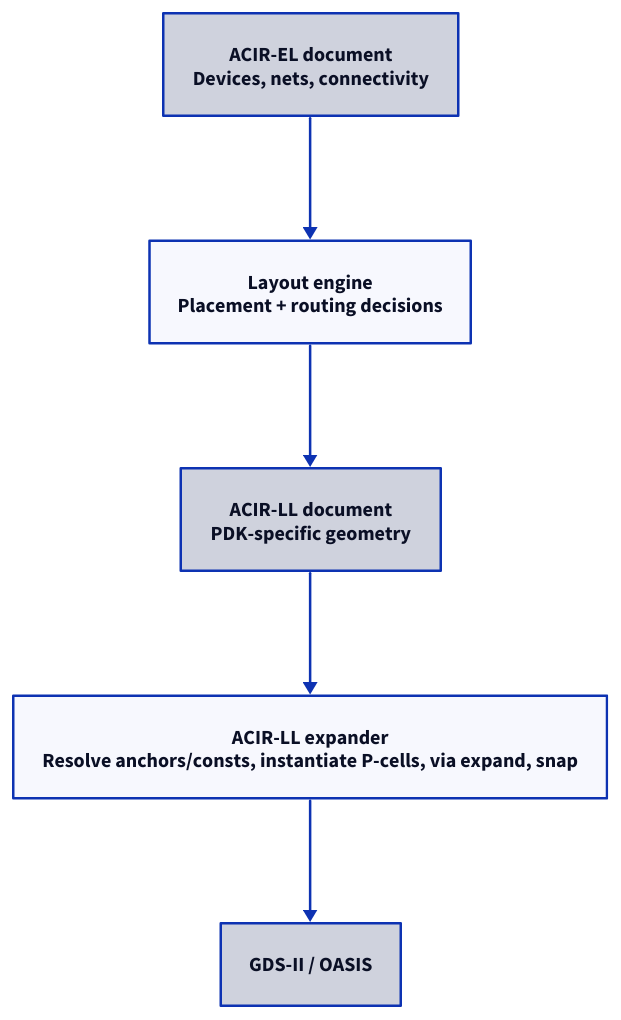
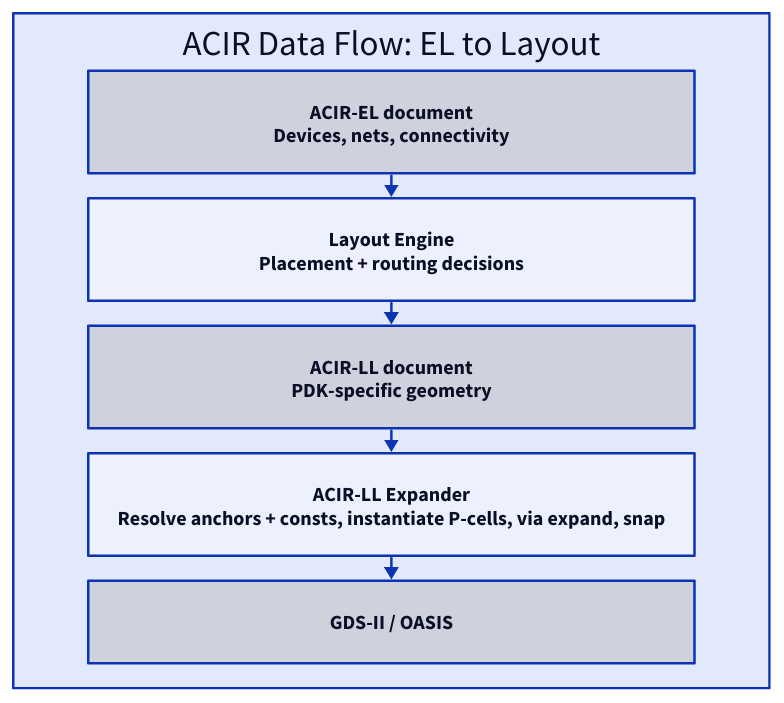
Before and after one commit to daniellovell/cascode: the diagram in docs/rfcs/resources/0001/data-flow.d2, drawn with D2. The commit also changed 3 other files, not shown here. The source asks for the TALA layout; these drawings use dagre instead.

```diff
--- a/docs/rfcs/resources/0001/data-flow.d2
+++ b/docs/rfcs/resources/0001/data-flow.d2
@@ -1,18 +1,14 @@
-vars: {
-  d2-config: {
-    layout-engine: tala
-  }
+direction: down
+
+pipeline: "ACIR Data Flow: EL to Layout" {
+  grid-columns: 1
+  vertical-gap: 20
+
+  acir_el: "ACIR-EL document\nDevices, nets, connectivity" {style.fill: "#cfd2dd"}
+  layout: "Layout Engine\nPlacement + routing decisions"
+  acir_ll: "ACIR-LL document\nPDK-specific geometry" {style.fill: "#cfd2dd"}
+  expander: "ACIR-LL Expander\nResolve anchors + consts, instantiate P-cells, via expand, snap"
+  gds: "GDS-II / OASIS" {style.fill: "#cfd2dd"}
 }
 
-direction: down
-
-acir_el: "ACIR-EL document\nDevices, nets, connectivity" {style.fill: "#cfd2dd"}
-layout: "Layout engine\nPlacement + routing decisions"
-acir_ll: "ACIR-LL document\nPDK-specific geometry" {style.fill: "#cfd2dd"}
-expander: "ACIR-LL expander\nResolve anchors/consts, instantiate P-cells, via expand, snap"
-gds: "GDS-II / OASIS" {
-  style.shadow: false
-  style.fill: "#cfd2dd"
-}
-
-acir_el -> layout -> acir_ll -> expander -> gds
+pipeline.acir_el -> pipeline.layout -> pipeline.acir_ll -> pipeline.expander -> pipeline.gds
```
